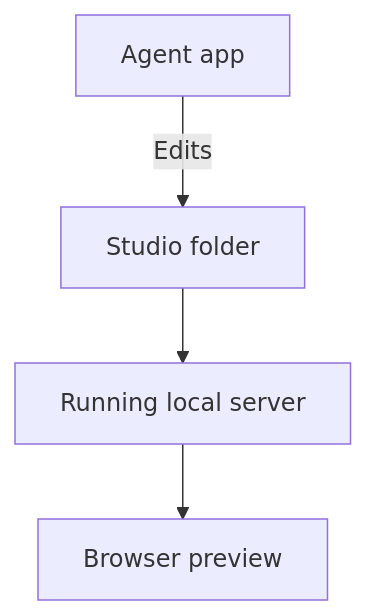
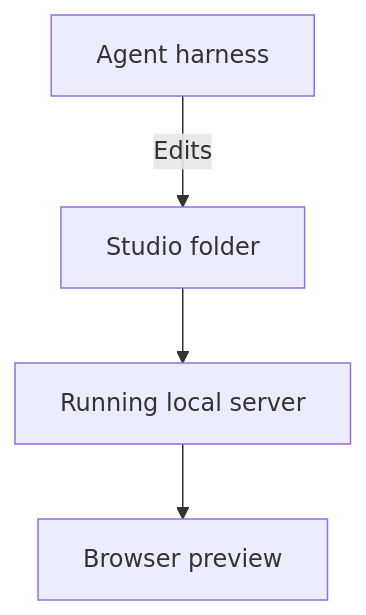
Before and after one commit to bcsfreitas/design-studio: the diagram in src/platform/modules/documentation/pages/environment.md, drawn with Mermaid. The commit also changed other lines of this file and 2 other files, not shown here.

Commit message:
Use agent harness terminology in setup guidance

````diff
--- a/src/platform/modules/documentation/pages/environment.md
+++ b/src/platform/modules/documentation/pages/environment.md
@@ -22,8 +22,8 @@
 ```mermaid
 flowchart TB
   accTitle: Your agent and browser work with the same local studio
   accDescr: The coding agent edits files in the studio folder. A running local server shows those files in a browser preview for you to review.
-  agent[Agent app] -->|Edits| folder[Studio folder]
+  agent[Agent harness] -->|Edits| folder[Studio folder]
   folder --> server[Running local server]
   server --> browser[Browser preview]
 ```
````
